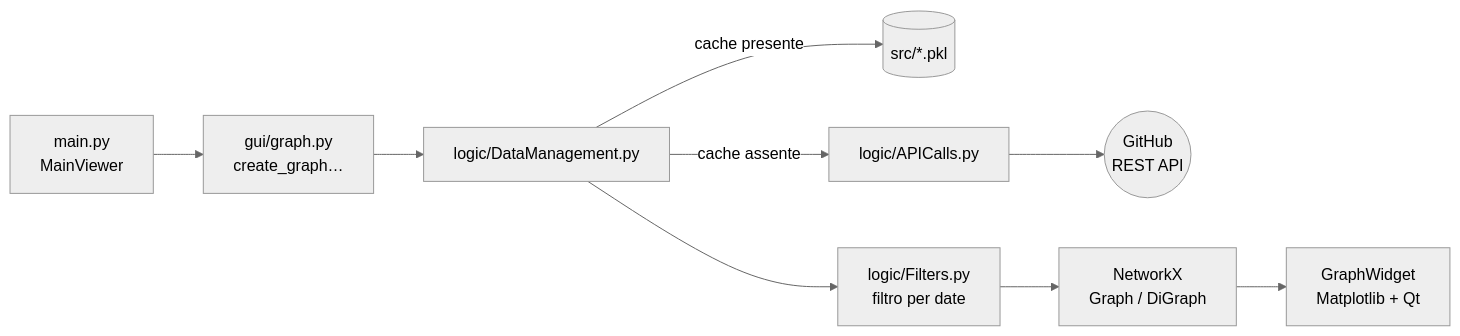
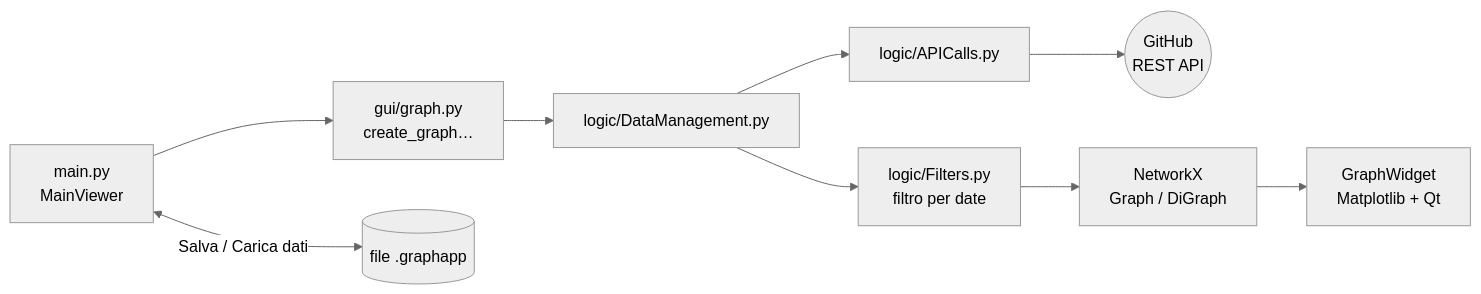
One commit to gPiscopo3/Ingegneria-del-Software-2023 changed the diagram in README.md. Above: the diagram before and after it, drawn with Mermaid (neutral theme). The commit also changed other lines of this file and 16 other files, not shown here.

````diff
--- a/README.md
+++ b/README.md
@@ -165,11 +195,11 @@
 ```mermaid
 flowchart LR
     GUI["main.py<br/>MainViewer"] --> G["gui/graph.py<br/>create_graph…"]
     G --> DM["logic/DataManagement.py"]
-    DM -->|cache presente| PKL[("src/*.pkl")]
-    DM -->|cache assente| API["logic/APICalls.py"]
+    GUI <-->|Salva / Carica dati| FILE[("file .graphapp")]
+    DM --> API["logic/APICalls.py"]
     API --> GH(("GitHub<br/>REST API"))
     DM --> F["logic/Filters.py<br/>filtro per date"]
     F --> NX["NetworkX<br/>Graph / DiGraph"]
     NX --> W["GraphWidget<br/>Matplotlib + Qt"]
 ```
````
